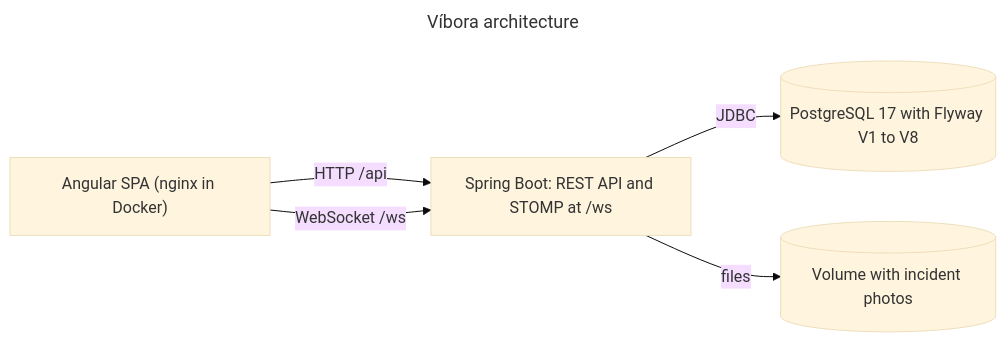
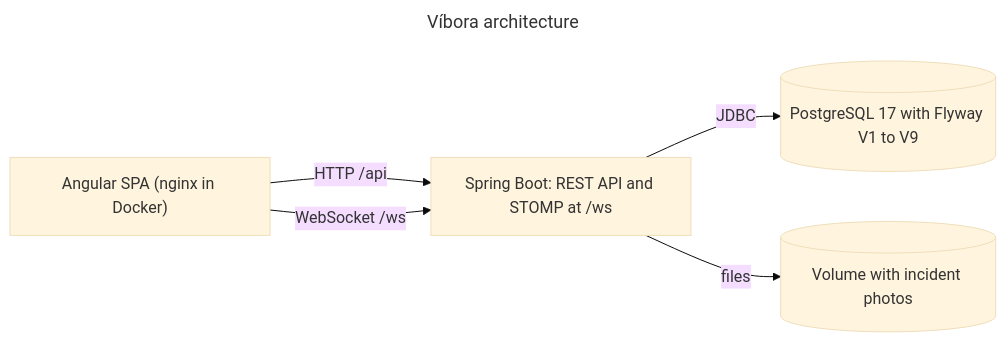
One commit to christianoller8/vibora changed the first of 2 diagrams in README.md. Above: the diagram before and after it, drawn with Mermaid (base theme). The commit also changed other lines of this file and 45 other files, not shown here.

````diff
--- a/README.md
+++ b/README.md
@@ -124,14 +124,14 @@
 ```mermaid
 ---
 title: Víbora architecture
 ---
 flowchart LR
     spa["Angular SPA (nginx in Docker)"]
     api["Spring Boot: REST API and STOMP at /ws"]
-    db[("PostgreSQL 17 with Flyway V1 to V8")]
+    db[("PostgreSQL 17 with Flyway V1 to V9")]
     files[("Volume with incident photos")]
     spa -->|"HTTP /api"| api
     spa -->|"WebSocket /ws"| api
     api -->|"JDBC"| db
     api -->|"files"| files
 ```
````
